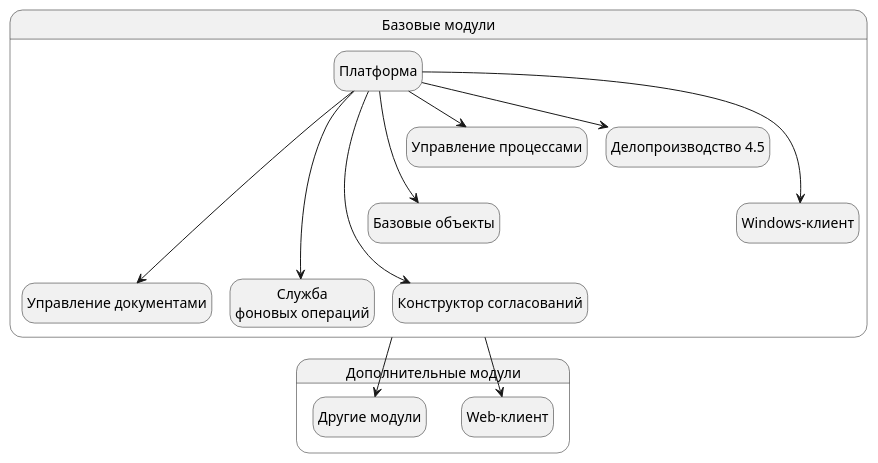
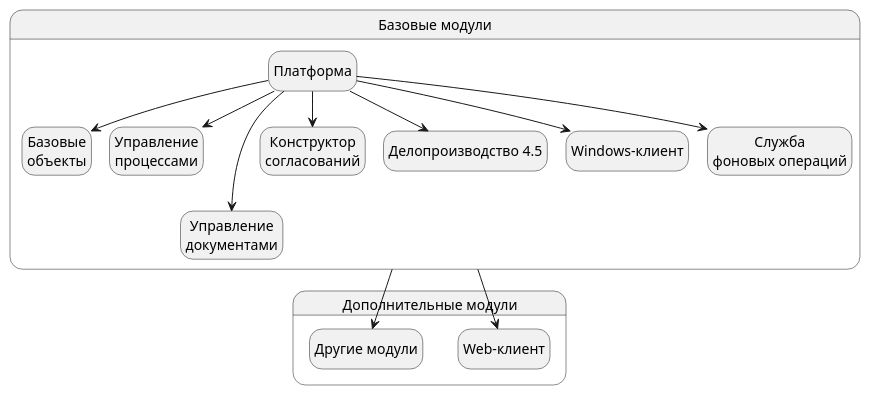
Before and after one commit to Docsvision/antora-install-guide: the diagram in modules/ROOT/pages/index.adoc, drawn with PlantUML.

Commit message:
GBL-2788 / TSK-3118 -- Воркер в базовых модулях

```diff
--- a/modules/ROOT/pages/index.adoc
+++ b/modules/ROOT/pages/index.adoc
@@ -30,43 +30,41 @@
 [plantuml, svg]
 ....
 @startuml
 hide empty description
 '!pragma layout elk
 skinparam rectangleBorderThickness 1
 skinparam defaultTextAlignment center
 skinparam lifelineStrategy solid
 skinparam monochrome true
 
 State "Базовые модули" as base {
 
 State "Платформа" as platform
-State "Базовые объекты" as baseobjects
-State "Управление процессами" as workflow
-State "Управление документами" as documentmanagement
-State "Конструктор согласований" as approvaldesigner
+State "Базовые\nобъекты" as baseobjects
+State "Управление\nпроцессами" as workflow
+State "Управление\nдокументами" as documentmanagement
+State "Конструктор\nсогласований" as approvaldesigner
 State "Делопроизводство 4.5" as takeoffice
 State "Windows-клиент" as windowsclient
 State "Служба\nфоновых операций" as workerservice
 }
 
-platform ---> baseobjects
+platform --> baseobjects
 platform --> workflow
 platform --> takeoffice
-platform ---> windowsclient
-platform ----> documentmanagement
-platform ----> approvaldesigner
-platform ---down-> workerservice
-documentmanagement -[hidden]right-> workerservice
-approvaldesigner -[hidden]left-> workerservice
+platform --> windowsclient
+platform ---> documentmanagement
+platform --> approvaldesigner
+platform --> workerservice
 
 State "Дополнительные модули" as additional {
 
 State "Web-клиент" as webclient
 State "Другие модули" as other
 }
 
 base --> webclient
 base --> other
 
 @enduml
 ....
```
